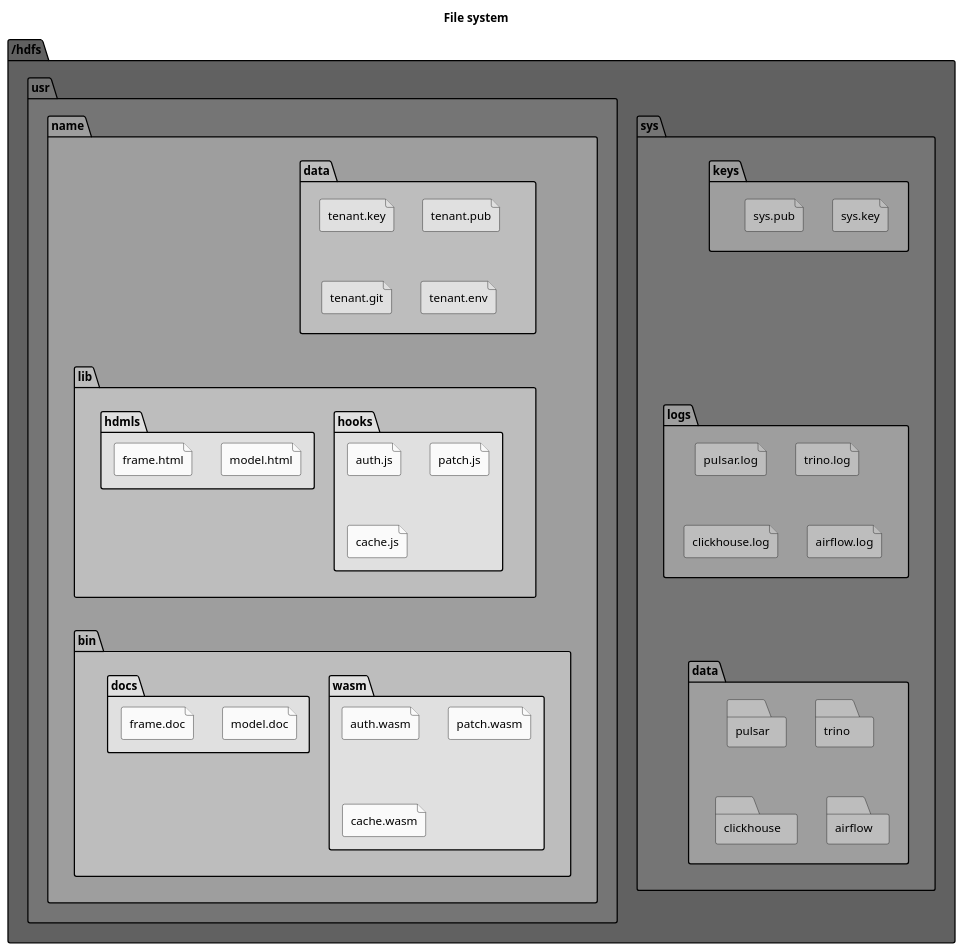
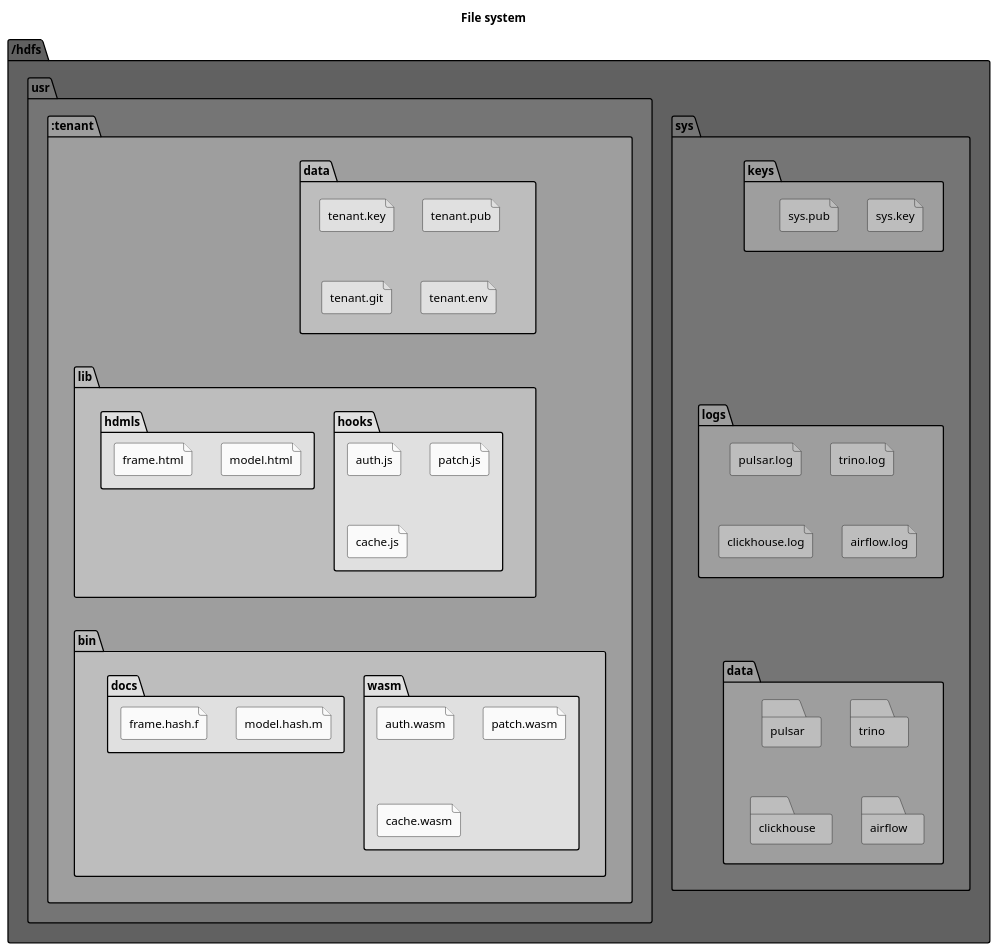
Before and after one commit to hdml-github/hdml-github.github.io: the sixth of 6 diagrams in puml/general.puml, drawn with PlantUML. The commit also changed 5 other files, not shown here.

```diff
--- a/puml/general.puml
+++ b/puml/general.puml
@@ -175,66 +175,66 @@
 @startuml fs
   title File system
 
   folder "/hdfs" as hdfs #616161 {
 
     folder "sys" as sys #757575 {
       folder "keys" as sys_keys #9e9e9e {
         file "sys.key" as sys_key #bdbdbd
         file "sys.pub" as sys_pub #bdbdbd
       }
 
       folder "logs" as sys_logs #9e9e9e {
         file "pulsar.log" as pulsar_log #bdbdbd
         file "trino.log" as trino_log #bdbdbd
         file "clickhouse.log" as clickhouse_log #bdbdbd
         file "airflow.log" as airflow.log #bdbdbd
       }
       sys_keys -[hidden]-- sys_logs
       
       folder "data" as sys_data #9e9e9e {
         folder "pulsar" as pulsar_data #bdbdbd
         folder "trino" as trino_data #bdbdbd
         folder "clickhouse" as clickhouse_data #bdbdbd
         folder "airflow" as airflow_data #bdbdbd
       }
       sys_logs -[hidden]-- sys_data
     }
 
     folder "usr" as usr #757575 {
-      folder "name" as name #9e9e9e {
+      folder ":tenant" as name #9e9e9e {
         folder "data" as usr_data #bdbdbd {
           file "tenant.key" as key #e0e0e0
           file "tenant.pub" as pub #e0e0e0
           file "tenant.git" as git #e0e0e0
           file "tenant.env" as dotenv #e0e0e0
         }
 
         folder "lib" as usr_lib #bdbdbd {
           folder "hooks" as hooks #e0e0e0 {
             file "auth.js" as auth_js #fafafa
             file "patch.js" as patch_js #fafafa
             file "cache.js" as cache_js #fafafa
           }
           folder "hdmls" as hdmls #e0e0e0 {
             file "model.html" as model_html #fafafa
             file "frame.html" as frame_html #fafafa
           }
         }
         usr_data -[hidden]-- usr_lib
 
         folder "bin" as usr_bin #bdbdbd {
           folder "wasm" as wasm #e0e0e0 {
             file "auth.wasm" as auth_wasm #fafafa
             file "patch.wasm" as patch_wasm #fafafa
             file "cache.wasm" as cache_wasm #fafafa
           }
           folder "docs" as docs #e0e0e0 {
-            file "model.doc" as model_doc #fafafa
-            file "frame.doc" as frame_doc #fafafa
+            file "model.hash.m" as model_doc #fafafa
+            file "frame.hash.f" as frame_doc #fafafa
           }
         }
         usr_lib -[hidden]-- usr_bin
       }
     }
   }  
 @enduml
```
